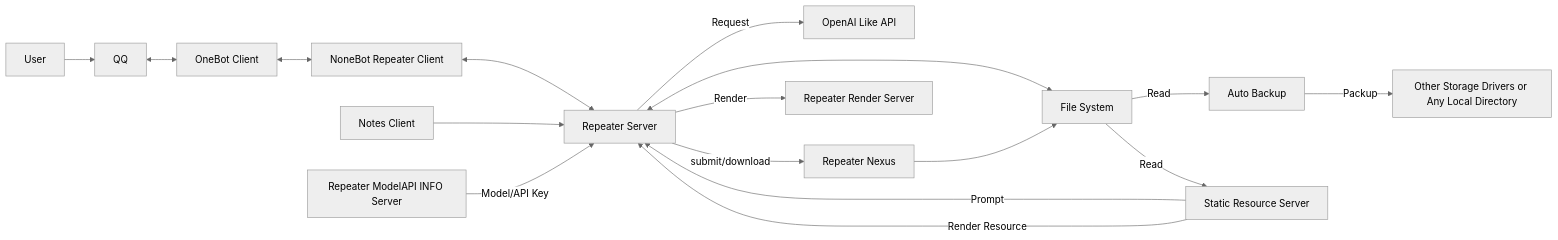
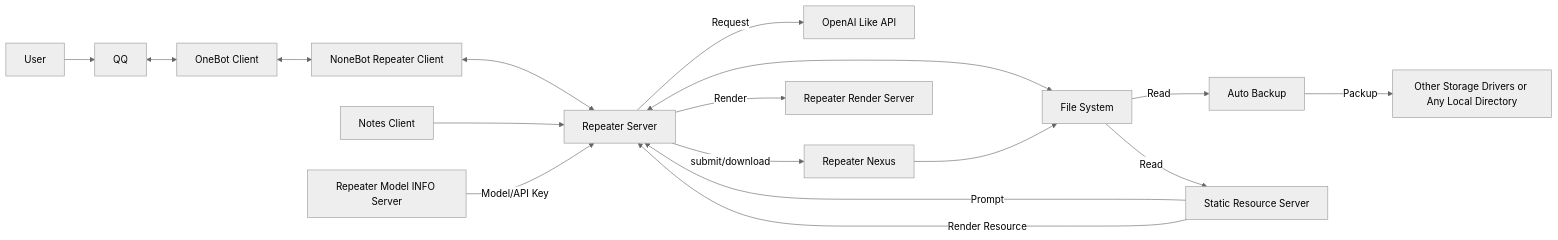
One commit to qeggs-dev/repeater-single-file-docs changed the diagram in docs/index.md. Above: the diagram before and after it, drawn with Mermaid (neutral theme). The commit also changed other lines of this file, not shown here.

````diff
--- a/docs/index.md
+++ b/docs/index.md
@@ -109,19 +109,19 @@
 ``` mermaid
 graph LR
     User --> QQ
     QQ <--> A
     A[OneBot Client] <--> B[NoneBot Repeater Client]
     B <--> C[Repeater Server]
     C -->|Request| D[OpenAI Like API]
     C <--> E[File System]
     F[Notes Client] --> C
     E -->|Read| G[Auto Backup]
     G -->|Packup| H[Other Storage Drivers or Any Local Directory]
-    I[Repeater ModelAPI INFO Server] -->|Model/API Key| C
+    I[Repeater Model INFO Server] -->|Model/API Key| C
     J[Static Resource Server] -->|Prompt| C
     J -->|Render Resource| C
     E -->|Read| J
     C -->|submit/download| K[Repeater Nexus]
     K --> E
     C -->|Render| L[Repeater Render Server]
 ```
````
